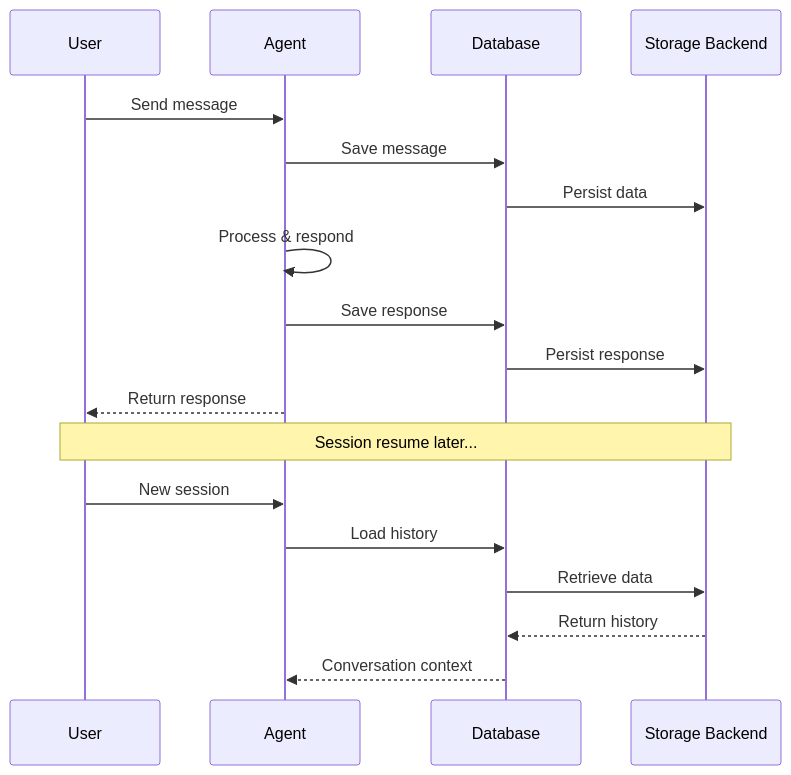
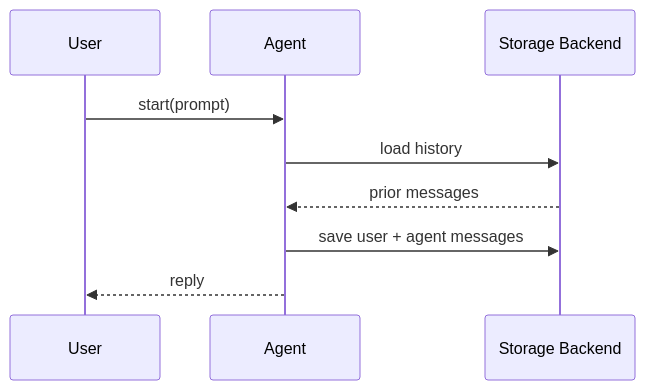
The second of 2 diagrams in docs/features/persistence.mdx (MervinPraison/PraisonAIDocs), drawn with Mermaid before and after one commit. The commit also changed other lines of this file and 4 other files, not shown here.

````diff
--- a/docs/features/persistence.mdx
+++ b/docs/features/persistence.mdx
@@ -70,22 +84,12 @@
 ```mermaid
 sequenceDiagram
     participant User
     participant Agent
-    participant DB as Database
     participant Store as Storage Backend
-    
-    User->>Agent: Send message
-    Agent->>DB: Save message
-    DB->>Store: Persist data
-    Agent->>Agent: Process & respond
-    Agent->>DB: Save response
-    DB->>Store: Persist response
-    Agent-->>User: Return response
-    
-    Note over User,Store: Session resume later...
-    User->>Agent: New session
-    Agent->>DB: Load history
-    DB->>Store: Retrieve data
-    Store-->>DB: Return history
-    DB-->>Agent: Conversation context
+
+    User->>Agent: start(prompt)
+    Agent->>Store: load history
+    Store-->>Agent: prior messages
+    Agent->>Store: save user + agent messages
+    Agent-->>User: reply
 ```
````
